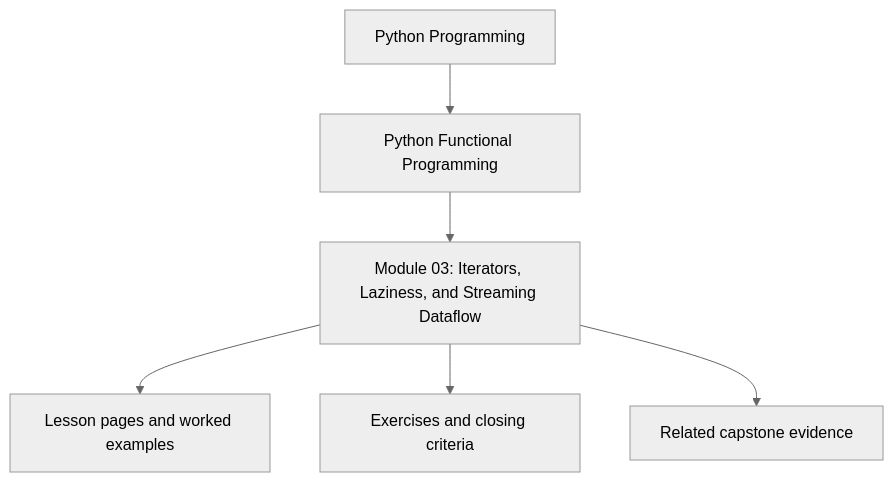
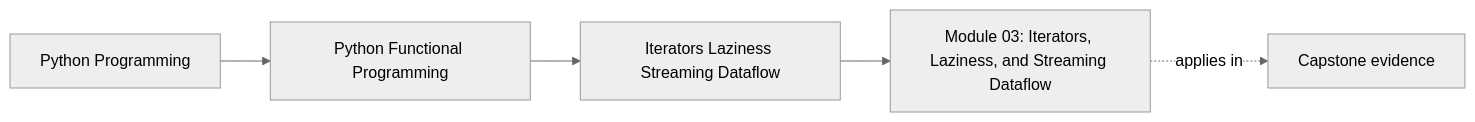
Before and after one commit to bijux/bijux-masterclass: the first of 2 diagrams in programs/python-programming/python-functional-programming/course-book/module-03-iterators-laziness-streaming-dataflow/index.md, drawn with Mermaid (neutral theme). The commit also changed other lines of this file and 73 other files, not shown here.

Commit message:
docs(python-functional-programming): map orientation through streaming foundations

````diff
--- a/programs/python-programming/python-functional-programming/course-book/module-03-iterators-laziness-streaming-dataflow/index.md
+++ b/programs/python-programming/python-functional-programming/course-book/module-03-iterators-laziness-streaming-dataflow/index.md
@@ -7,8 +7,11 @@
 ```mermaid
-flowchart TD
-  family["Python Programming"] --> program["Python Functional Programming"]
-  program --> module["Module 03: Iterators, Laziness, and Streaming Dataflow"]
-  module --> lessons["Lesson pages and worked examples"]
-  module --> checkpoints["Exercises and closing criteria"]
-  module --> capstone["Related capstone evidence"]
+graph LR
+  family["Python Programming"]
+  program["Python Functional Programming"]
+  section["Iterators Laziness Streaming Dataflow"]
+  page["Module 03: Iterators, Laziness, and Streaming Dataflow"]
+  capstone["Capstone evidence"]
+
+  family --> program --> section --> page
+  page -.applies in.-> capstone
 ```
````
